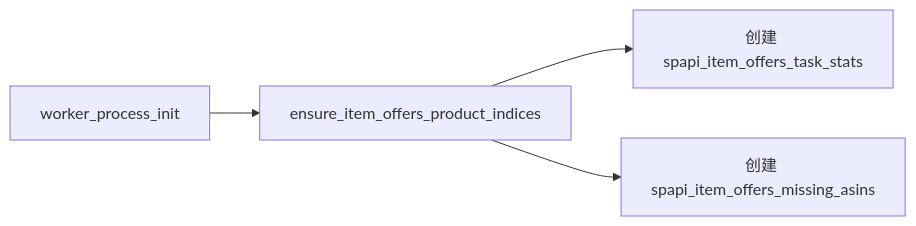
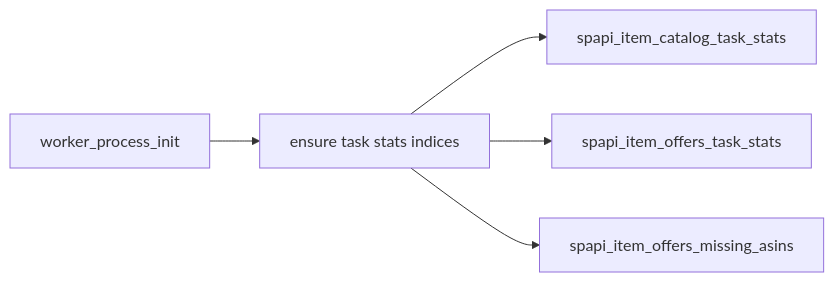
Before and after one commit to AriseshineSky/em-spapi-celery: the sixth of 9 diagrams in docs/TECHNICAL.md, drawn with Mermaid. The commit also changed other lines of this file and 6 other files, not shown here.

First line of the commit message:
Unify catalog and offer task stats into shared ES indices.

````diff
--- a/docs/TECHNICAL.md
+++ b/docs/TECHNICAL.md
@@ -251,6 +251,7 @@
 ```mermaid
 flowchart LR
-    A[worker_process_init] --> B[ensure_item_offers_product_indices]
-    B --> C[创建 spapi_item_offers_task_stats]
-    B --> D[创建 spapi_item_offers_missing_asins]
+    A[worker_process_init] --> B[ensure task stats indices]
+    B --> C[spapi_item_catalog_task_stats]
+    B --> D[spapi_item_offers_task_stats]
+    B --> E[spapi_item_offers_missing_asins]
 ```
````
